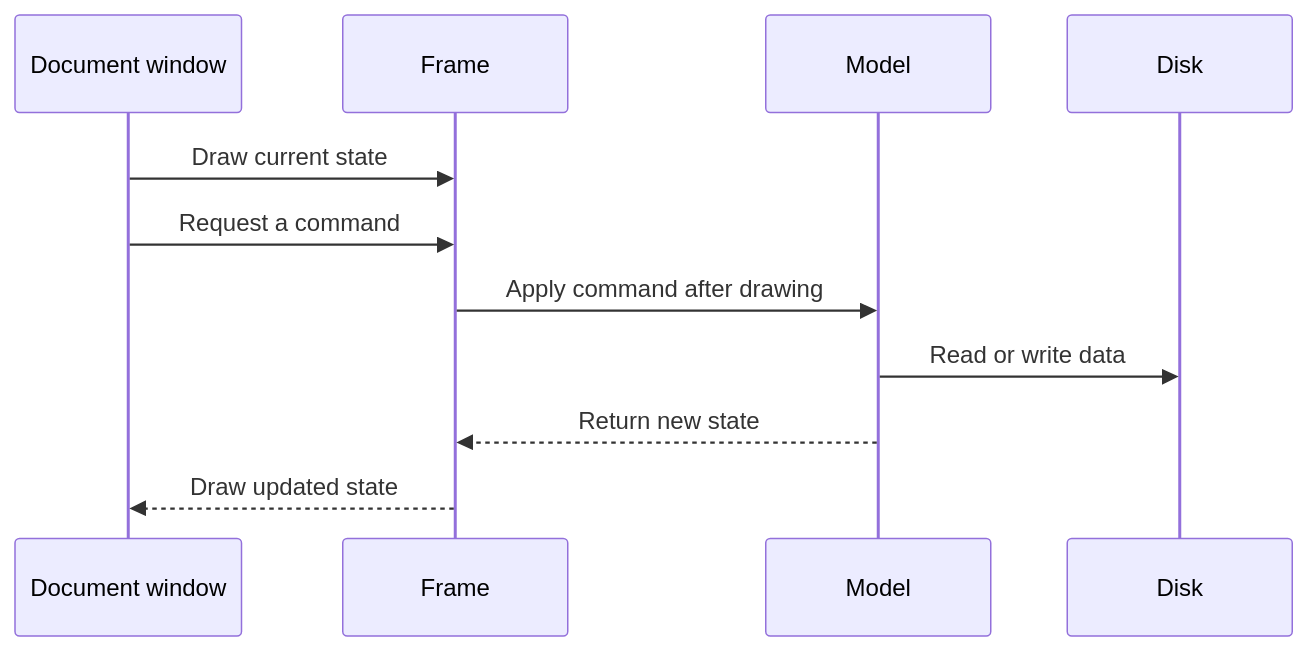
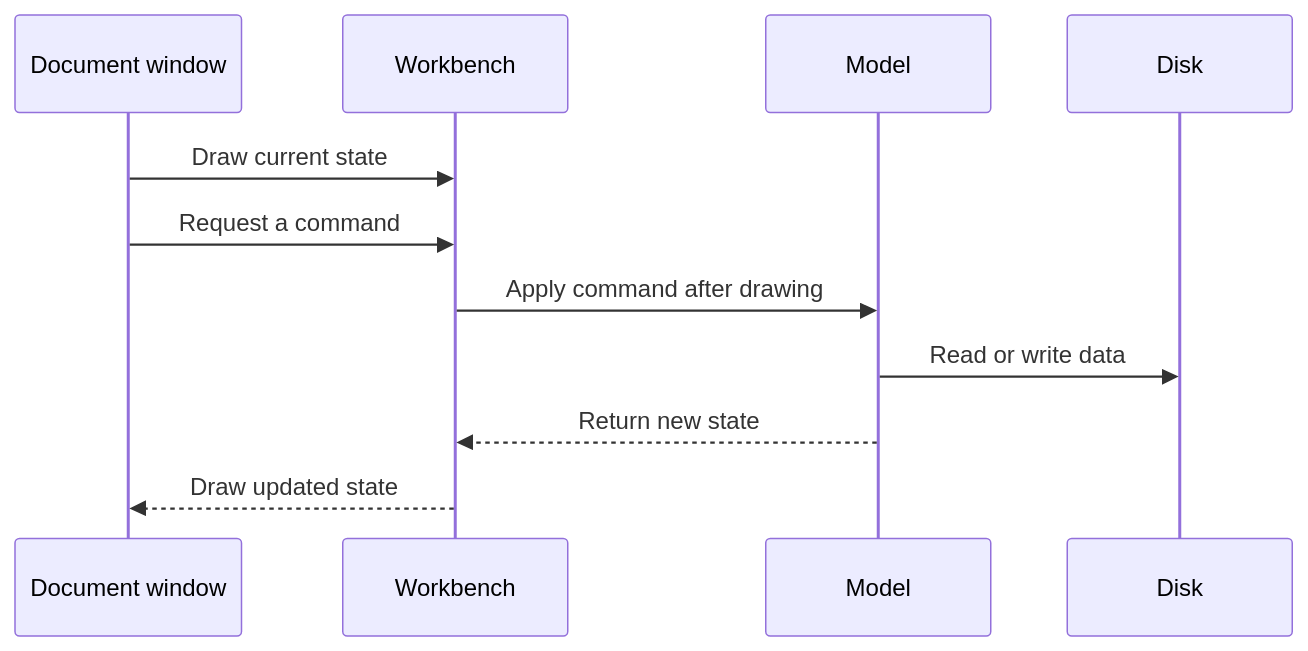
Before and after one commit to norad32/uo-mul-lib: the second of 2 diagrams in doc/architecture/lifecycle.md, drawn with Mermaid. The commit also changed other lines of this file and 6 other files, not shown here.

````diff
--- a/doc/architecture/lifecycle.md
+++ b/doc/architecture/lifecycle.md
@@ -115,14 +115,14 @@
 ```mermaid
 sequenceDiagram
     participant DocumentWindow as Document window
-    participant Frame
+    participant Workbench
     participant Model
     participant Disk
 
-    DocumentWindow->>Frame: Draw current state
-    DocumentWindow->>Frame: Request a command
-    Frame->>Model: Apply command after drawing
+    DocumentWindow->>Workbench: Draw current state
+    DocumentWindow->>Workbench: Request a command
+    Workbench->>Model: Apply command after drawing
     Model->>Disk: Read or write data
-    Model-->>Frame: Return new state
-    Frame-->>DocumentWindow: Draw updated state
+    Model-->>Workbench: Return new state
+    Workbench-->>DocumentWindow: Draw updated state
 ```
````
